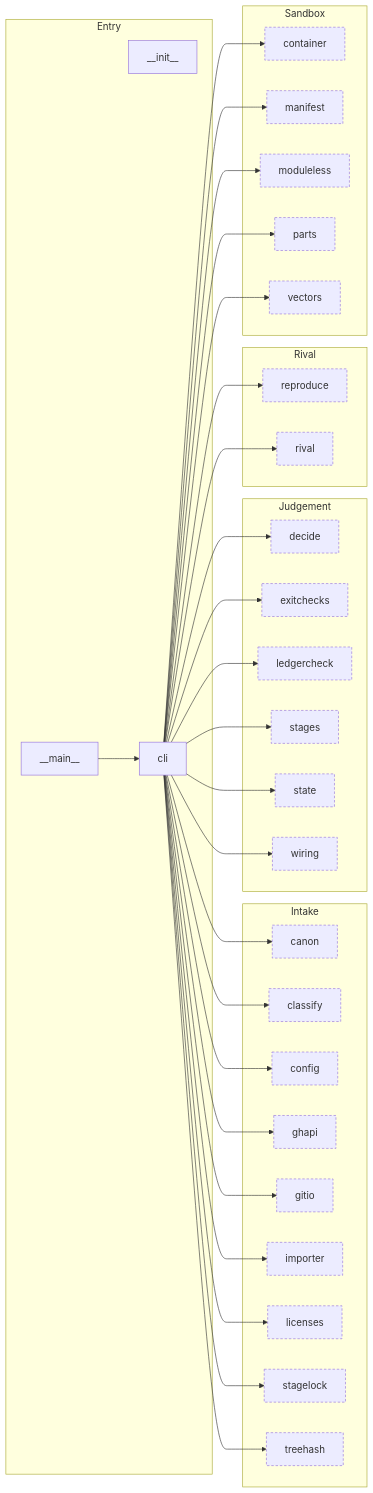
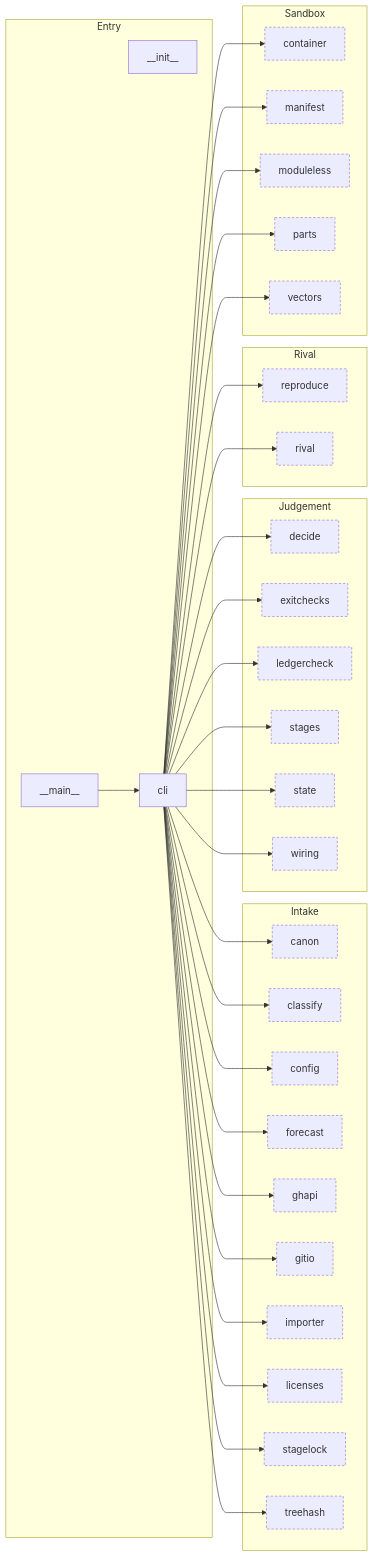
Before and after one commit to Okan-wqm/snowball-mcp: the third of 8 diagrams in docs/harita.md, drawn with Mermaid. The commit also changed other lines of this file and 23 other files, not shown here.

````diff
--- a/docs/harita.md
+++ b/docs/harita.md
@@ -110,62 +110,64 @@
 ```mermaid
 flowchart LR
   subgraph a_Entry["Entry"]
     m___init__["__init__"]
     m___main__["__main__"]
     m_cli["cli"]
   end
   subgraph a_Intake["Intake"]
     m_canon["canon"]:::outside
     m_classify["classify"]:::outside
     m_config["config"]:::outside
+    m_forecast["forecast"]:::outside
     m_ghapi["ghapi"]:::outside
     m_gitio["gitio"]:::outside
     m_importer["importer"]:::outside
     m_licenses["licenses"]:::outside
     m_stagelock["stagelock"]:::outside
     m_treehash["treehash"]:::outside
   end
   subgraph a_Judgement["Judgement"]
     m_decide["decide"]:::outside
     m_exitchecks["exitchecks"]:::outside
     m_ledgercheck["ledgercheck"]:::outside
     m_stages["stages"]:::outside
     m_state["state"]:::outside
     m_wiring["wiring"]:::outside
   end
   subgraph a_Rival["Rival"]
     m_reproduce["reproduce"]:::outside
     m_rival["rival"]:::outside
   end
   subgraph a_Sandbox["Sandbox"]
     m_container["container"]:::outside
     m_manifest["manifest"]:::outside
     m_moduleless["moduleless"]:::outside
     m_parts["parts"]:::outside
     m_vectors["vectors"]:::outside
   end
   m___main__ --> m_cli
   m_cli --> m_canon
   m_cli --> m_classify
   m_cli --> m_config
   m_cli --> m_container
   m_cli --> m_decide
   m_cli --> m_exitchecks
+  m_cli --> m_forecast
   m_cli --> m_ghapi
   m_cli --> m_gitio
   m_cli --> m_importer
   m_cli --> m_ledgercheck
   m_cli --> m_licenses
   m_cli --> m_manifest
   m_cli --> m_moduleless
   m_cli --> m_parts
   m_cli --> m_reproduce
   m_cli --> m_rival
   m_cli --> m_stagelock
   m_cli --> m_stages
   m_cli --> m_state
   m_cli --> m_treehash
   m_cli --> m_vectors
   m_cli --> m_wiring
   classDef outside stroke-dasharray: 4 3
 ```
````
